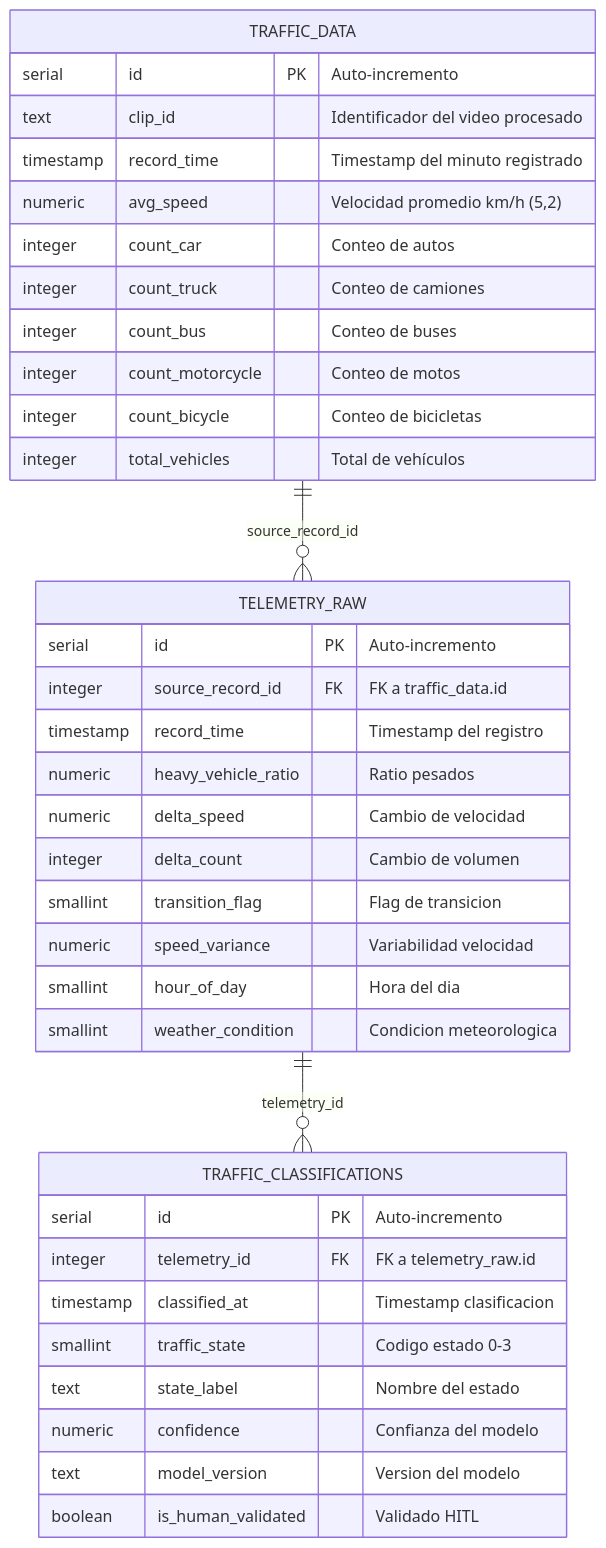
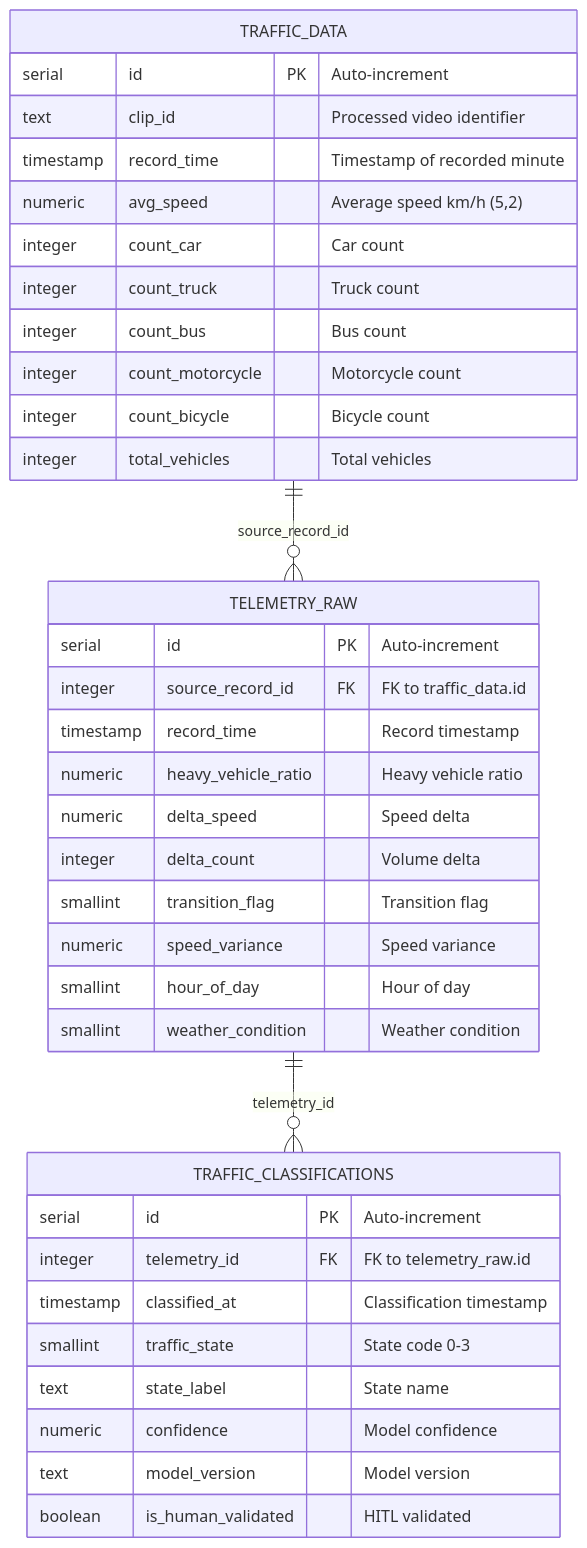
The diagram in Docs/diagrams/erd.md (aka-titesen/vaaet), drawn with Mermaid before and after one commit. The commit also changed other lines of this file and 44 other files, not shown here.

````diff
--- a/Docs/diagrams/erd.md
+++ b/Docs/diagrams/erd.md
@@ -10,42 +10,42 @@
 ```mermaid
 erDiagram
     TRAFFIC_DATA {
-        serial id PK "Auto-incremento"
-        text clip_id "Identificador del video procesado"
-        timestamp record_time "Timestamp del minuto registrado"
-        numeric avg_speed "Velocidad promedio km/h (5,2)"
-        integer count_car "Conteo de autos"
-        integer count_truck "Conteo de camiones"
-        integer count_bus "Conteo de buses"
-        integer count_motorcycle "Conteo de motos"
-        integer count_bicycle "Conteo de bicicletas"
-        integer total_vehicles "Total de vehículos"
+        serial id PK "Auto-increment"
+        text clip_id "Processed video identifier"
+        timestamp record_time "Timestamp of recorded minute"
+        numeric avg_speed "Average speed km/h (5,2)"
+        integer count_car "Car count"
+        integer count_truck "Truck count"
+        integer count_bus "Bus count"
+        integer count_motorcycle "Motorcycle count"
+        integer count_bicycle "Bicycle count"
+        integer total_vehicles "Total vehicles"
     }
 
     TELEMETRY_RAW {
-        serial id PK "Auto-incremento"
-        integer source_record_id FK "FK a traffic_data.id"
-        timestamp record_time "Timestamp del registro"
-        numeric heavy_vehicle_ratio "Ratio pesados"
-        numeric delta_speed "Cambio de velocidad"
-        integer delta_count "Cambio de volumen"
-        smallint transition_flag "Flag de transicion"
-        numeric speed_variance "Variabilidad velocidad"
-        smallint hour_of_day "Hora del dia"
-        smallint weather_condition "Condicion meteorologica"
+        serial id PK "Auto-increment"
+        integer source_record_id FK "FK to traffic_data.id"
+        timestamp record_time "Record timestamp"
+        numeric heavy_vehicle_ratio "Heavy vehicle ratio"
+        numeric delta_speed "Speed delta"
+        integer delta_count "Volume delta"
+        smallint transition_flag "Transition flag"
+        numeric speed_variance "Speed variance"
+        smallint hour_of_day "Hour of day"
+        smallint weather_condition "Weather condition"
     }
 
     TRAFFIC_CLASSIFICATIONS {
-        serial id PK "Auto-incremento"
-        integer telemetry_id FK "FK a telemetry_raw.id"
-        timestamp classified_at "Timestamp clasificacion"
-        smallint traffic_state "Codigo estado 0-3"
-        text state_label "Nombre del estado"
-        numeric confidence "Confianza del modelo"
-        text model_version "Version del modelo"
-        boolean is_human_validated "Validado HITL"
+        serial id PK "Auto-increment"
+        integer telemetry_id FK "FK to telemetry_raw.id"
+        timestamp classified_at "Classification timestamp"
+        smallint traffic_state "State code 0-3"
+        text state_label "State name"
+        numeric confidence "Model confidence"
+        text model_version "Model version"
+        boolean is_human_validated "HITL validated"
     }
 
     TRAFFIC_DATA ||--o{ TELEMETRY_RAW : "source_record_id"
     TELEMETRY_RAW ||--o{ TRAFFIC_CLASSIFICATIONS : "telemetry_id"
 ```
````
